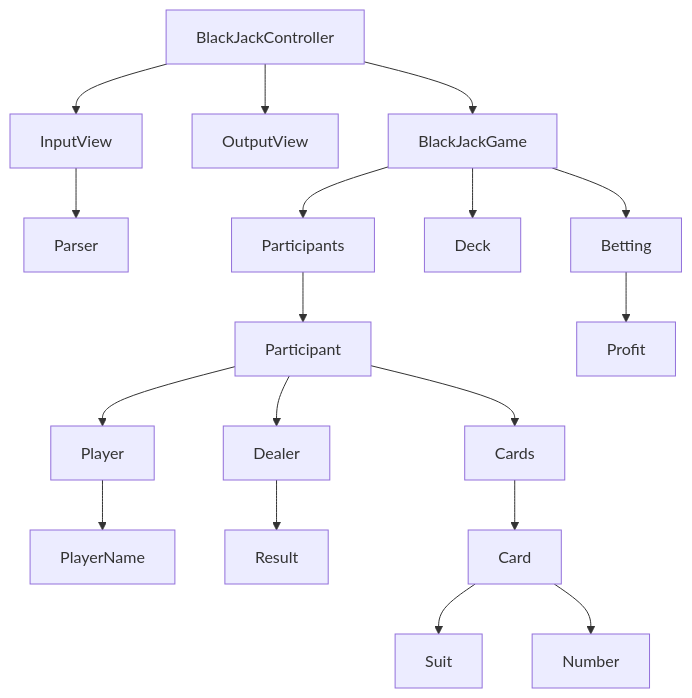
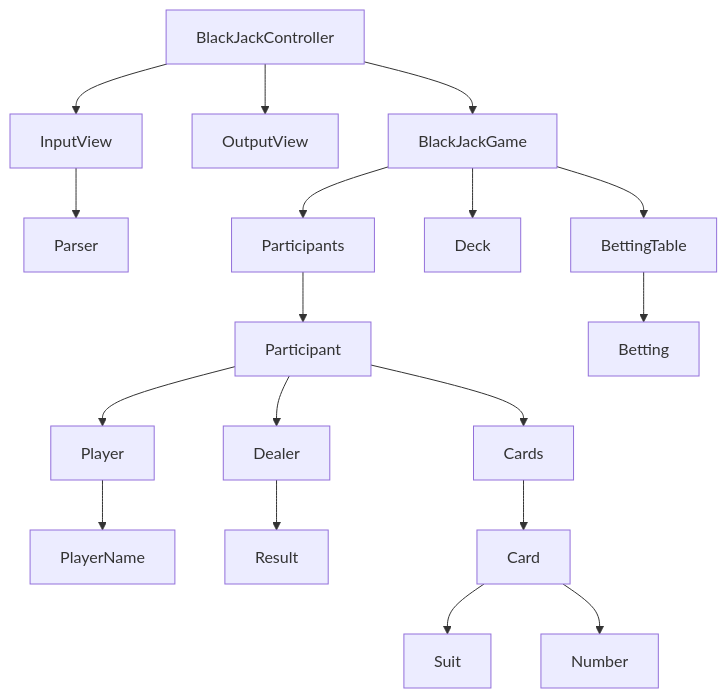
The diagram in README.md (woowacourse/java-blackjack), drawn with Mermaid before and after one commit. The commit also changed other lines of this file and 11 other files, not shown here.

````diff
--- a/README.md
+++ b/README.md
@@ -50,20 +50,20 @@
 ```mermaid
 graph TD
     BlackJackController --> InputView
     BlackJackController --> OutputView
     BlackJackController --> BlackJackGame
     InputView --> Parser
     BlackJackGame --> Participants
     BlackJackGame --> Deck
-    BlackJackGame --> Betting
+    BlackJackGame --> BettingTable
     Participants --> Participant
-    Betting --> Profit
+    BettingTable --> Betting
     Participant --> Player
     Participant --> Dealer
     Participant --> Cards
     Player --> PlayerName
     Dealer --> Result
     Cards --> Card
     Card --> Suit
     Card --> Number
 ```
````
